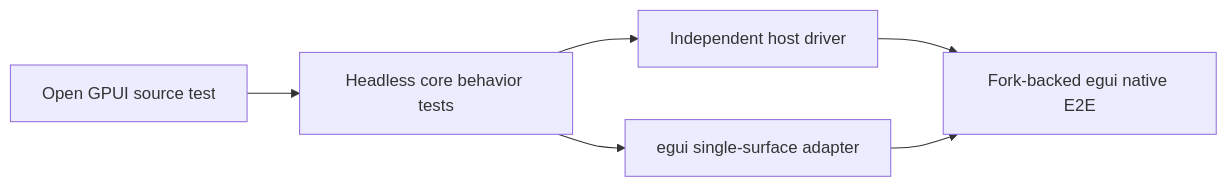
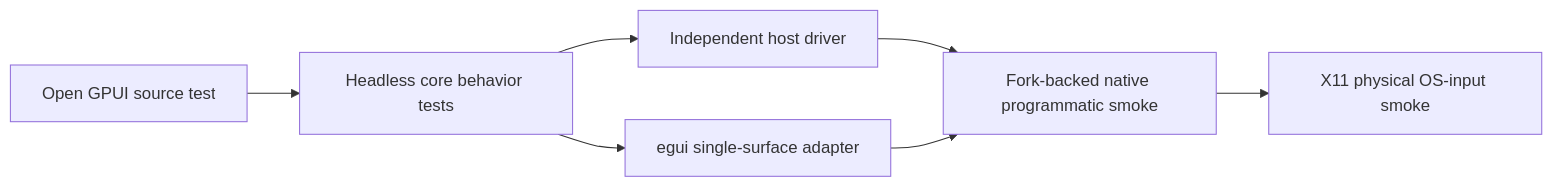
One commit to Latias94/egui_docking changed the diagram in docs/knowledge/open-gpui-docking-conformance-catalog.md. Above: the diagram before and after it, drawn with Mermaid. The commit also changed other lines of this file and 82 other files, not shown here.

````diff
--- a/docs/knowledge/open-gpui-docking-conformance-catalog.md
+++ b/docs/knowledge/open-gpui-docking-conformance-catalog.md
@@ -28,8 +28,9 @@
 ```mermaid
 flowchart LR
   S[Open GPUI source test] --> C[Headless core behavior tests]
   C --> H[Independent host driver]
   C --> E[egui single-surface adapter]
-  H --> N[Fork-backed egui native E2E]
-  E --> N
+  H --> P[Fork-backed native programmatic smoke]
+  E --> P
+  P --> X[X11 physical OS-input smoke]
 ```
````
